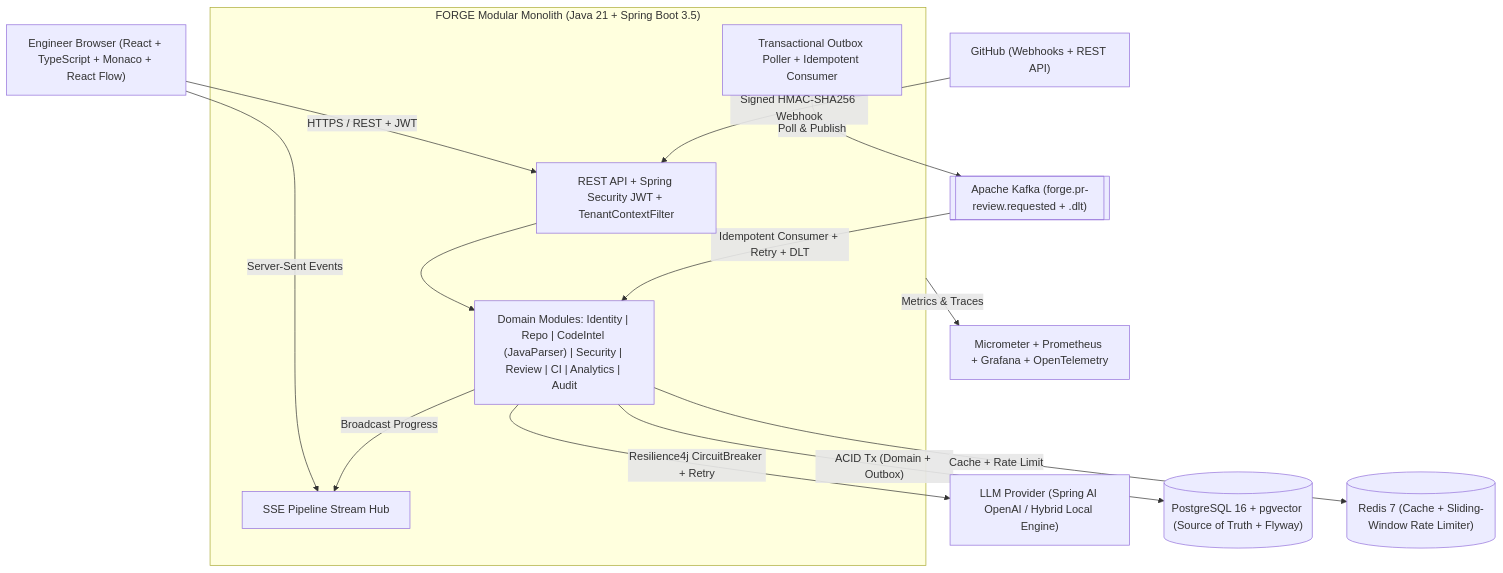
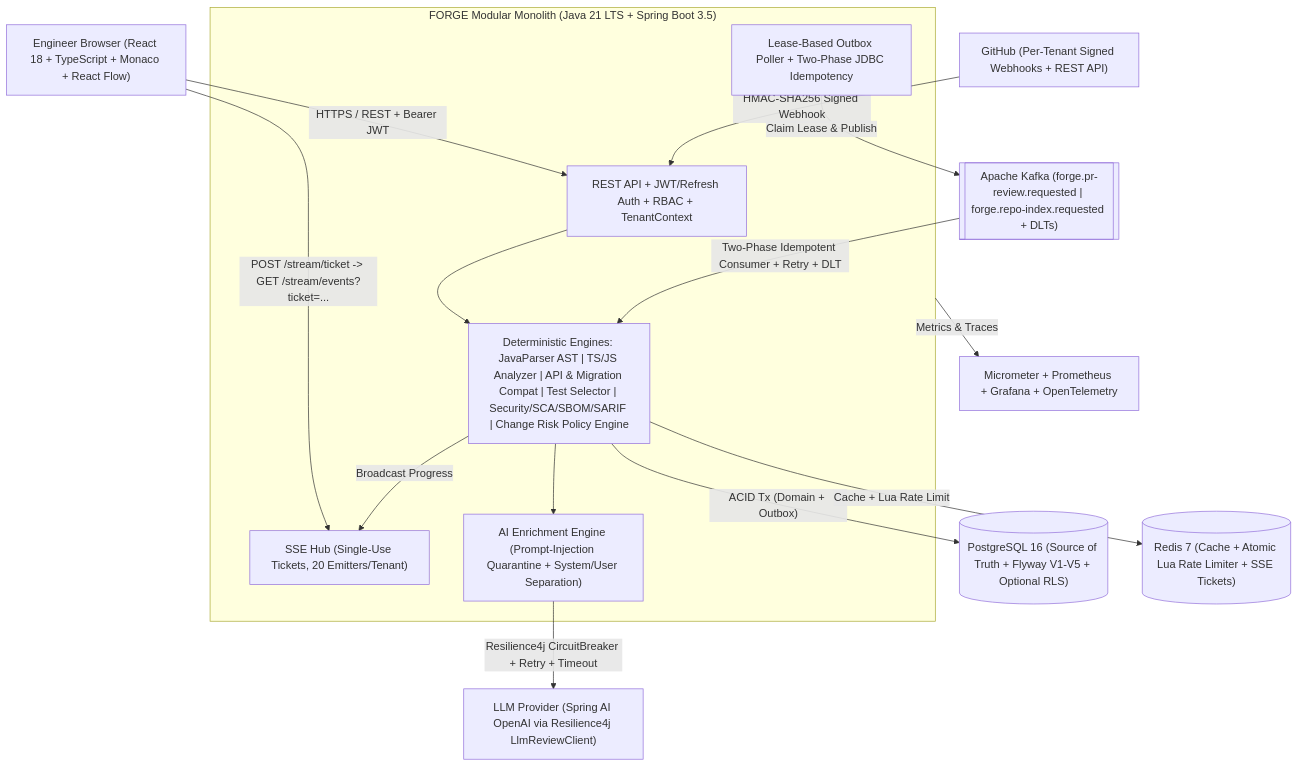
Before and after one commit to nischay237/forge-ai-platform: the first of 2 diagrams in docs/ARCHITECTURE.md, drawn with Mermaid. The commit also changed other lines of this file and 175 other files, not shown here.

````diff
--- a/docs/ARCHITECTURE.md
+++ b/docs/ARCHITECTURE.md
@@ -5,30 +5,32 @@
 ```mermaid
 flowchart TB
-    Dev["Engineer Browser (React + TypeScript + Monaco + React Flow)"]
-    GH["GitHub (Webhooks + REST API)"]
-    LLM["LLM Provider (Spring AI OpenAI / Hybrid Local Engine)"]
+    Dev["Engineer Browser (React 18 + TypeScript + Monaco + React Flow)"]
+    GH["GitHub (Per-Tenant Signed Webhooks + REST API)"]
+    LLM["LLM Provider (Spring AI OpenAI via Resilience4j LlmReviewClient)"]
 
-    subgraph FORGE["FORGE Modular Monolith (Java 21 + Spring Boot 3.5)"]
-        API["REST API + Spring Security JWT + TenantContextFilter"]
-        SSE["SSE Pipeline Stream Hub"]
-        MOD["Domain Modules: Identity | Repo | CodeIntel (JavaParser) | Security | Review | CI | Analytics | Audit"]
-        OUTBOX["Transactional Outbox Poller + Idempotent Consumer"]
+    subgraph FORGE["FORGE Modular Monolith (Java 21 LTS + Spring Boot 3.5)"]
+        API["REST API + JWT/Refresh Auth + RBAC + TenantContext"]
+        SSE["SSE Hub (Single-Use Tickets, 20 Emitters/Tenant)"]
+        ENG["Deterministic Engines: JavaParser AST | TS/JS Analyzer | API & Migration Compat | Test Selector | Security/SCA/SBOM/SARIF | Change Risk Policy Engine"]
+        AI["AI Enrichment Engine (Prompt-Injection Quarantine + System/User Separation)"]
+        OUTBOX["Lease-Based Outbox Poller + Two-Phase JDBC Idempotency"]
     end
 
-    PG[("PostgreSQL 16 + pgvector (Source of Truth + Flyway)")]
-    KAFKA[["Apache Kafka (forge.pr-review.requested + .dlt)"]]
-    REDIS[("Redis 7 (Cache + Sliding-Window Rate Limiter)")]
+    PG[("PostgreSQL 16 (Source of Truth + Flyway V1-V5 + Optional RLS)")]
+    KAFKA[["Apache Kafka (forge.pr-review.requested | forge.repo-index.requested + DLTs)"]]
+    REDIS[("Redis 7 (Cache + Atomic Lua Rate Limiter + SSE Tickets)")]
     OBS["Micrometer + Prometheus + Grafana + OpenTelemetry"]
 
-    Dev -->|"HTTPS / REST + JWT"| API
-    Dev -->|"Server-Sent Events"| SSE
-    GH -->|"Signed HMAC-SHA256 Webhook"| API
-    API --> MOD
-    MOD -->|"ACID Tx (Domain + Outbox)"| PG
-    OUTBOX -->|"Poll & Publish"| KAFKA
-    KAFKA -->|"Idempotent Consumer + Retry + DLT"| MOD
-    MOD -->|"Cache + Rate Limit"| REDIS
-    MOD -->|"Resilience4j CircuitBreaker + Retry"| LLM
-    MOD -->|"Broadcast Progress"| SSE
+    Dev -->|"HTTPS / REST + Bearer JWT"| API
+    Dev -->|"POST /stream/ticket -> GET /stream/events?ticket=..."| SSE
+    GH -->|"HMAC-SHA256 Signed Webhook"| API
+    API --> ENG
+    ENG -->|"ACID Tx (Domain + Outbox)"| PG
+    OUTBOX -->|"Claim Lease & Publish"| KAFKA
+    KAFKA -->|"Two-Phase Idempotent Consumer + Retry + DLT"| ENG
+    ENG --> AI
+    AI -->|"Resilience4j CircuitBreaker + Retry + Timeout"| LLM
+    ENG -->|"Cache + Lua Rate Limit"| REDIS
+    ENG -->|"Broadcast Progress"| SSE
     FORGE -->|"Metrics & Traces"| OBS
 ```
````
